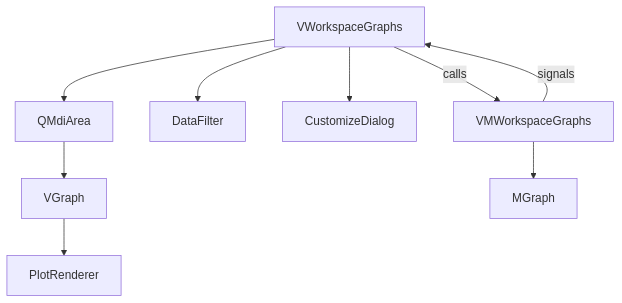
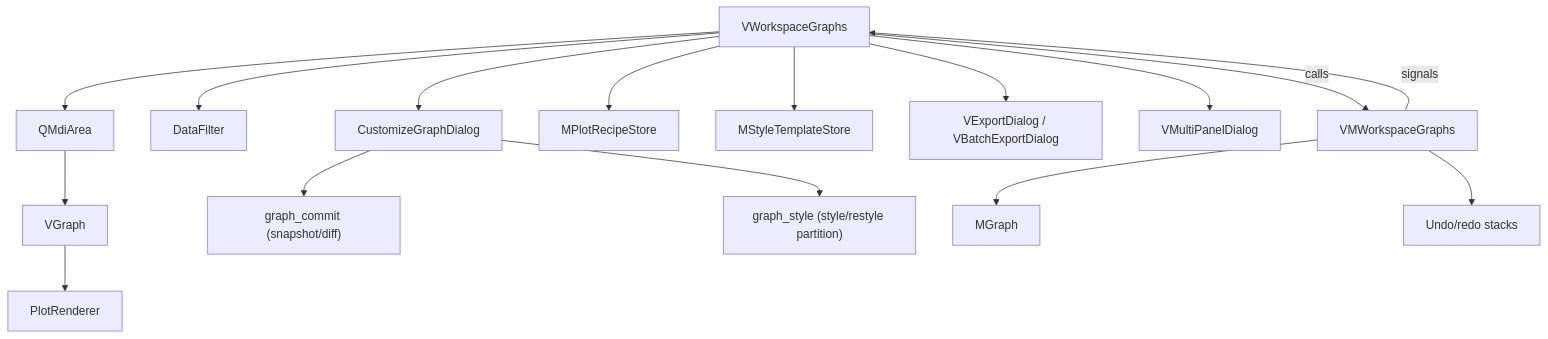
The first of 2 diagrams in docs/developer/graphs.md (CEA-MetroCarac/SPECTROview), drawn with Mermaid before and after one commit. The commit also changed other lines of this file and 50 other files, not shown here.

Commit message:
Revise Graph WS: phase 4 + 5, fix bug, and some GUI adjusmeents

````diff
--- a/docs/developer/graphs.md
+++ b/docs/developer/graphs.md
@@ -9,12 +9,20 @@
 ```mermaid
 graph TD
     VWG["VWorkspaceGraphs"] --> MDI["QMdiArea"]
     MDI --> VG["VGraph"]
     VG --> PR["PlotRenderer"]
     VWG --> DF["DataFilter"]
-    VWG --> CGD["CustomizeDialog"]
+    VWG --> CGD["CustomizeGraphDialog"]
+    CGD --> GC["graph_commit (snapshot/diff)"]
+    CGD --> GS["graph_style (style/restyle partition)"]
+
+    VWG --> RS["MPlotRecipeStore"]
+    VWG --> STS["MStyleTemplateStore"]
+    VWG --> EXP["VExportDialog / VBatchExportDialog"]
+    VWG --> MP["VMultiPanelDialog"]
 
     VWG -->|"calls"| VMWG["VMWorkspaceGraphs"]
     VMWG -->|"signals"| VWG
     VMWG --> MG["MGraph"]
+    VMWG --> UNDO["Undo/redo stacks"]
 ```
````
